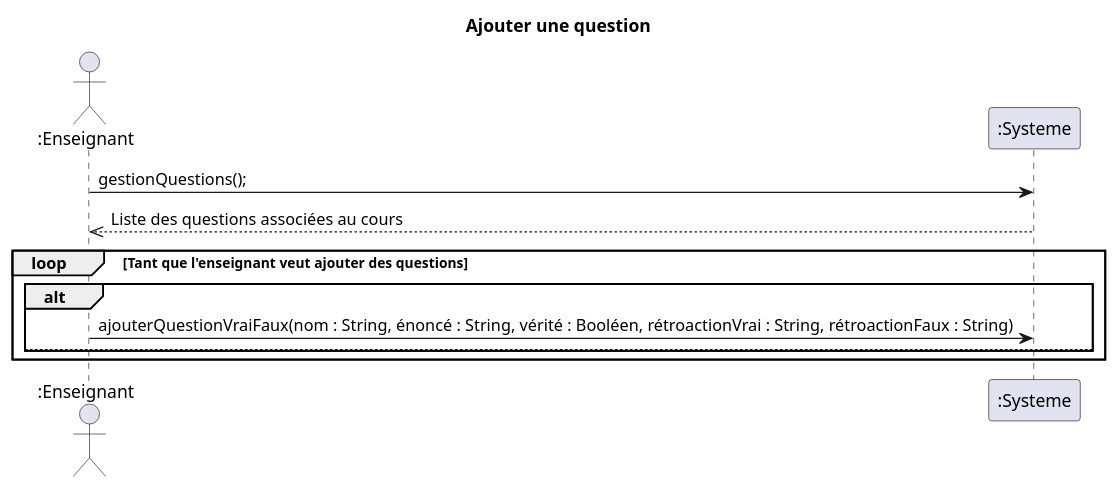
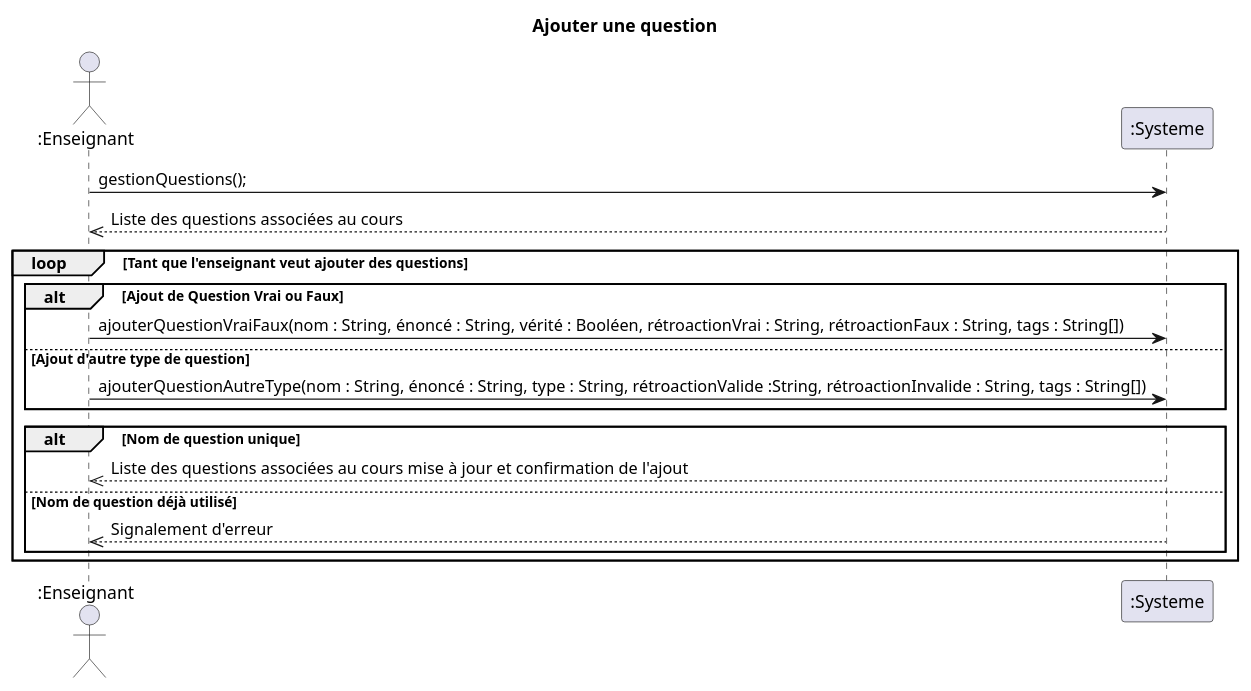
Before and after one commit to xMrYahya/moodle-clone: the diagram in docs/modeles/cu02/dss-ajouter-question.puml, drawn with PlantUML.

Commit message:
dss cu02a fait

```diff
--- a/docs/modeles/cu02/dss-ajouter-question.puml
+++ b/docs/modeles/cu02/dss-ajouter-question.puml
@@ -1,16 +1,22 @@
 @startuml
 title Ajouter une question
 actor ":Enseignant" as e
 participant ":Systeme" as s
 ' Ajout des Pre conditions ici si nécessaire
 e->s : gestionQuestions();
 s-->>e : Liste des questions associées au cours
 loop Tant que l'enseignant veut ajouter des questions
+alt Ajout de Question Vrai ou Faux
+e->s : ajouterQuestionVraiFaux(nom : String, énoncé : String, vérité : Booléen, rétroactionVrai : String, rétroactionFaux : String, tags : String[])
+else Ajout d'autre type de question
+ e->s : ajouterQuestionAutreType(nom : String, énoncé : String, type : String, rétroactionValide :String, rétroactionInvalide : String, tags : String[])
+end alt
 
-alt 
-e->s : ajouterQuestionVraiFaux(nom : String, énoncé : String, vérité : Booléen, rétroactionVrai : String, rétroactionFaux : String)
-else
+alt Nom de question unique
+    s-->>e : Liste des questions associées au cours mise à jour et confirmation de l'ajout
+else Nom de question déjà utilisé
+    s-->>e : Signalement d'erreur
 end alt
 end loop
 
 @enduml
```
